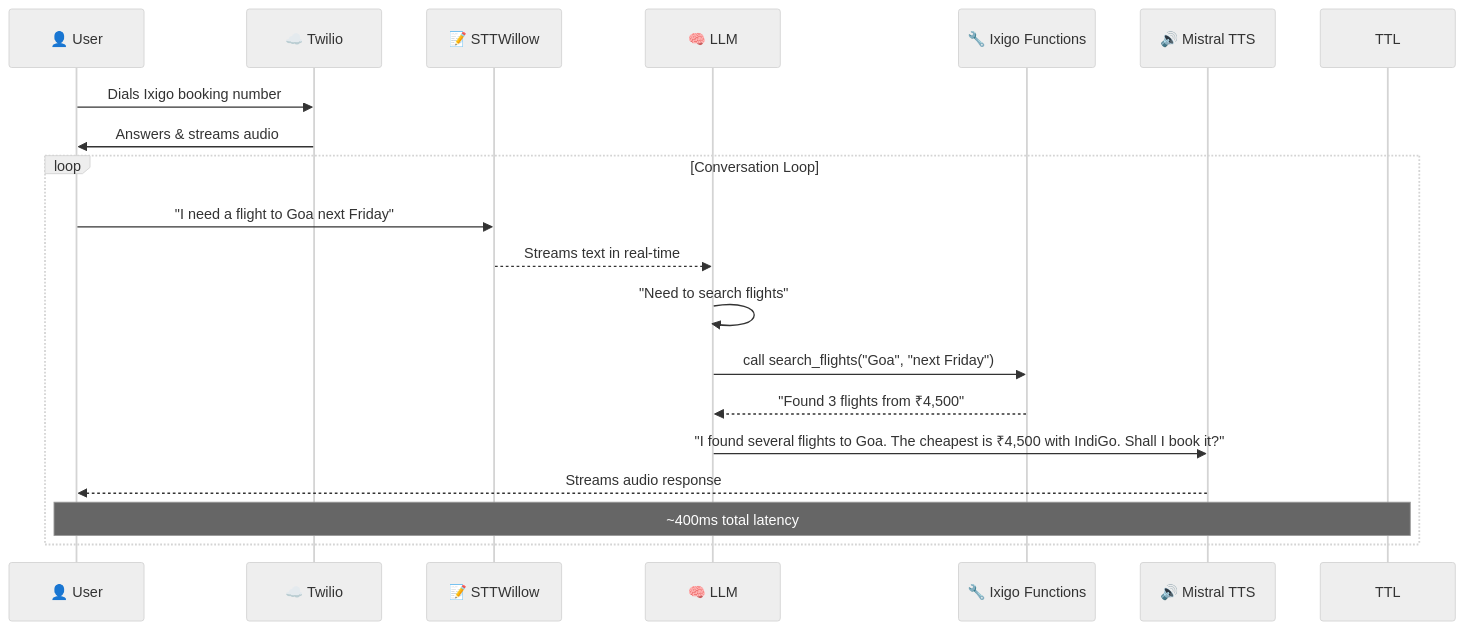
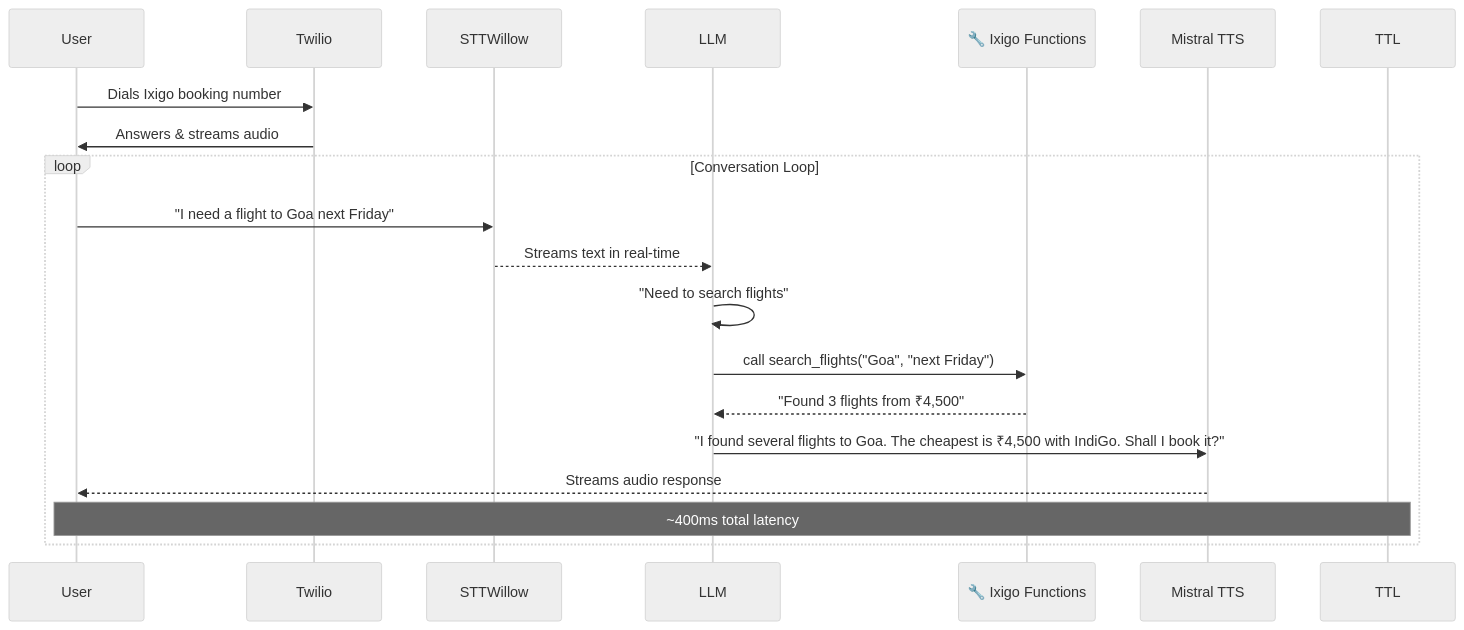
The third of 7 diagrams in readme.md (solnix-Drona/proposal), drawn with Mermaid (neutral theme) before and after one commit. The commit also changed other lines of this file, not shown here.

````diff
--- a/readme.md
+++ b/readme.md
@@ -89,26 +86,26 @@
 ```mermaid
 sequenceDiagram
-    participant User as 👤 User
-    participant Twilio as ☁️ Twilio
-    participant STT as 📝 STTWillow
-    participant LLM as 🧠 LLM
+    participant User as  User
+    participant Twilio as  Twilio
+    participant STT as  STTWillow
+    participant LLM as  LLM
     participant Tools as 🔧 Ixigo Functions
-    participant TTS as 🔊 Mistral TTS
+    participant TTS as  Mistral TTS
     
     User->>Twilio: Dials Ixigo booking number
     Twilio->>User: Answers & streams audio
     
     loop Conversation Loop
         User->>STT: "I need a flight to Goa next Friday"
         STT-->>LLM: Streams text in real-time
         
         LLM->>LLM: "Need to search flights"
         LLM->>Tools: call search_flights("Goa", "next Friday")
         Tools-->>LLM: "Found 3 flights from ₹4,500"
         
         LLM->>TTS: "I found several flights to Goa. The cheapest is ₹4,500 with IndiGo. Shall I book it?"
         TTS-->>User: Streams audio response
         
         Note over User,TTL: ~400ms total latency
     end
 ```
````
